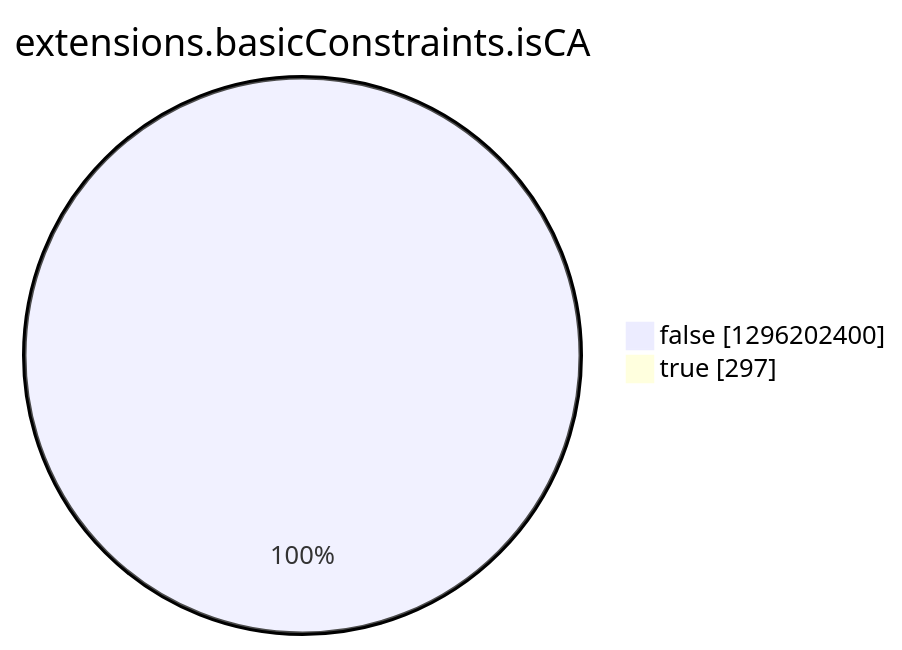
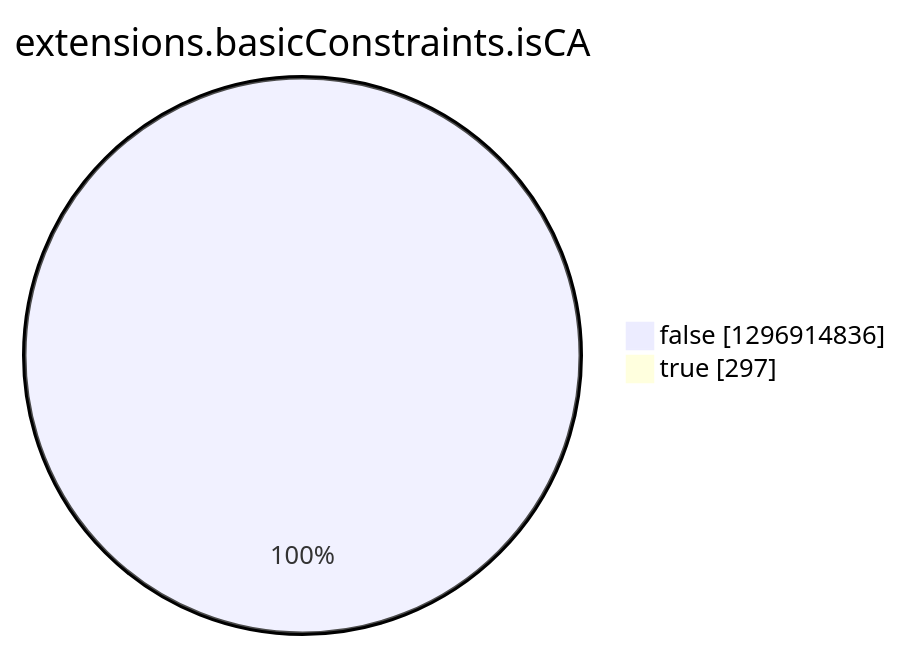
Before and after one commit to christiankrug/ctmonitor_visualization: the eighth of 15 diagrams in argon2022/README.md, drawn with Mermaid. The commit also changed other lines of this file, not shown here.

````diff
--- a/argon2022/README.md
+++ b/argon2022/README.md
@@ -2756,6 +2757,6 @@
 ```mermaid
 pie showData
 title extensions.basicConstraints.isCA
-"false" :1296202400
+"false" :1296914836
 "true" :297
 ```
````
